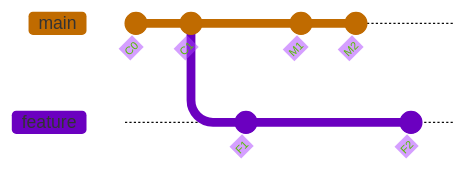
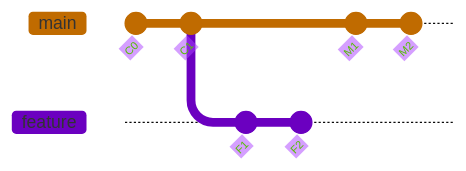
One commit to TOOITW/knowledge-garden changed the diagram in 1_Engineering_Craft/git-rebase-vs-merge.md. Above: the diagram before and after it, drawn with Mermaid. The commit also changed other lines of this file, not shown here.

````diff
--- a/1_Engineering_Craft/git-rebase-vs-merge.md
+++ b/1_Engineering_Craft/git-rebase-vs-merge.md
@@ -35,14 +55,13 @@
 ```mermaid
 %%{init: {'theme': 'base', 'themeVariables': { 'primaryColor': '#ffab40', 'edgeLabelBackground':'#fff', 'clusterBkg': '#E0E0E0'}}}%%
 gitGraph
     commit id: "C0"
     commit id: "C1"
     branch feature
     checkout feature
     commit id: "F1"
+    commit id: "F2"
     checkout main
     commit id: "M1"
     commit id: "M2"
-    checkout feature
-    commit id: "F2"
 ```
````
